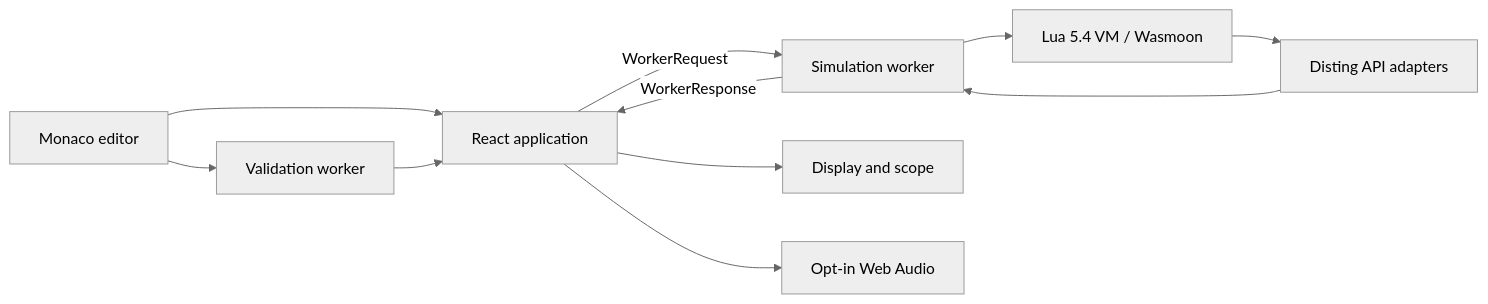
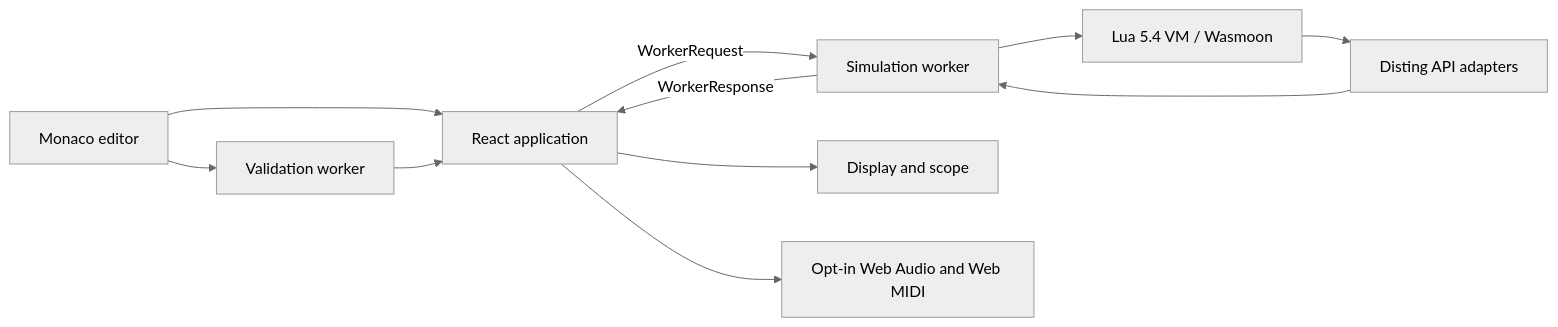
The diagram in docs/ARCHITECTURE.md (FrediBach/luading), drawn with Mermaid (neutral theme) before and after one commit. The commit also changed other lines of this file and 14 other files, not shown here.

````diff
--- a/docs/ARCHITECTURE.md
+++ b/docs/ARCHITECTURE.md
@@ -16,15 +16,15 @@
 ```mermaid
 flowchart LR
   Editor[Monaco editor] --> App[React application]
   Editor --> Validation[Validation worker]
   Validation --> App
 
   App -->|WorkerRequest| Simulation[Simulation worker]
   Simulation --> Lua[Lua 5.4 VM / Wasmoon]
   Lua --> Contract[Disting API adapters]
   Contract --> Simulation
   Simulation -->|WorkerResponse| App
 
   App --> Display[Display and scope]
-  App --> Audio[Opt-in Web Audio]
+  App --> BrowserIO[Opt-in Web Audio and Web MIDI]
 ```
````
